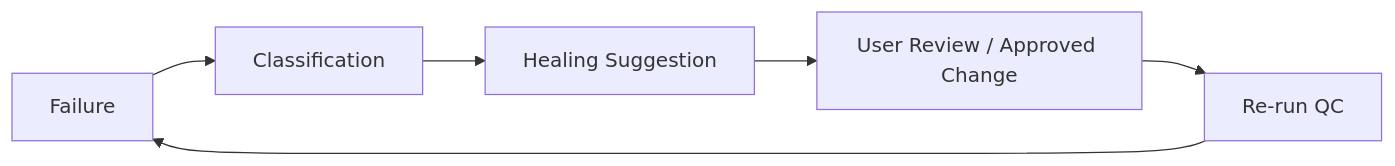
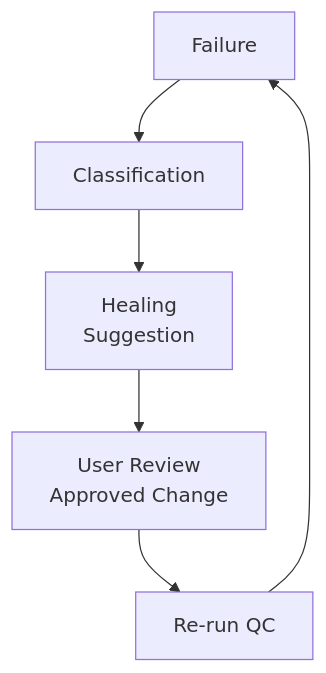
Before and after one commit to Qin-BL/quality-platform: the fourth of 6 diagrams in docs/qa/architecture.md, drawn with Mermaid. The commit also changed other lines of this file and 2 other files, not shown here.

Commit message:
Improve diagram readability

```diff
--- a/docs/qa/architecture.md
+++ b/docs/qa/architecture.md
@@ -156,8 +156,8 @@
 ::: mermaid
-graph LR
+graph TD
     A["Failure"] --> B["Classification"]
-    B --> C["Healing Suggestion"]
-    C --> D["User Review / Approved Change"]
+    B --> C["Healing<br/>Suggestion"]
+    C --> D["User Review<br/>Approved Change"]
     D --> E["Re-run QC"]
     E --> A
 :::
```
